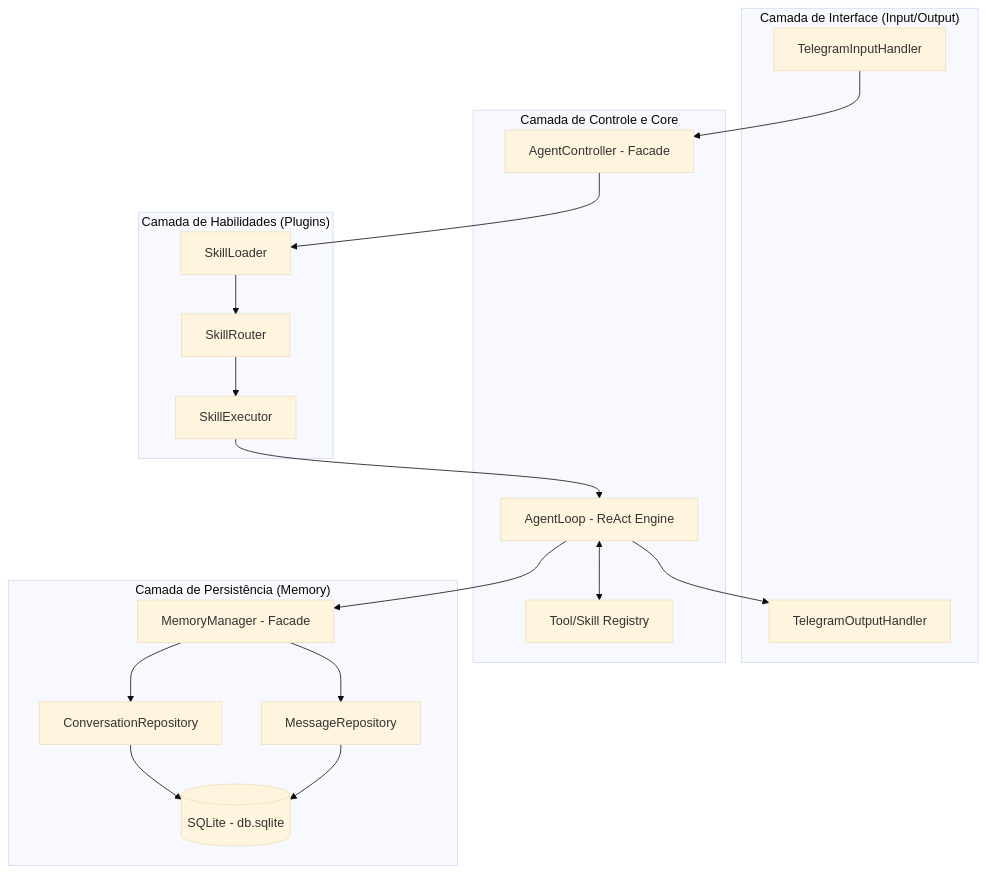
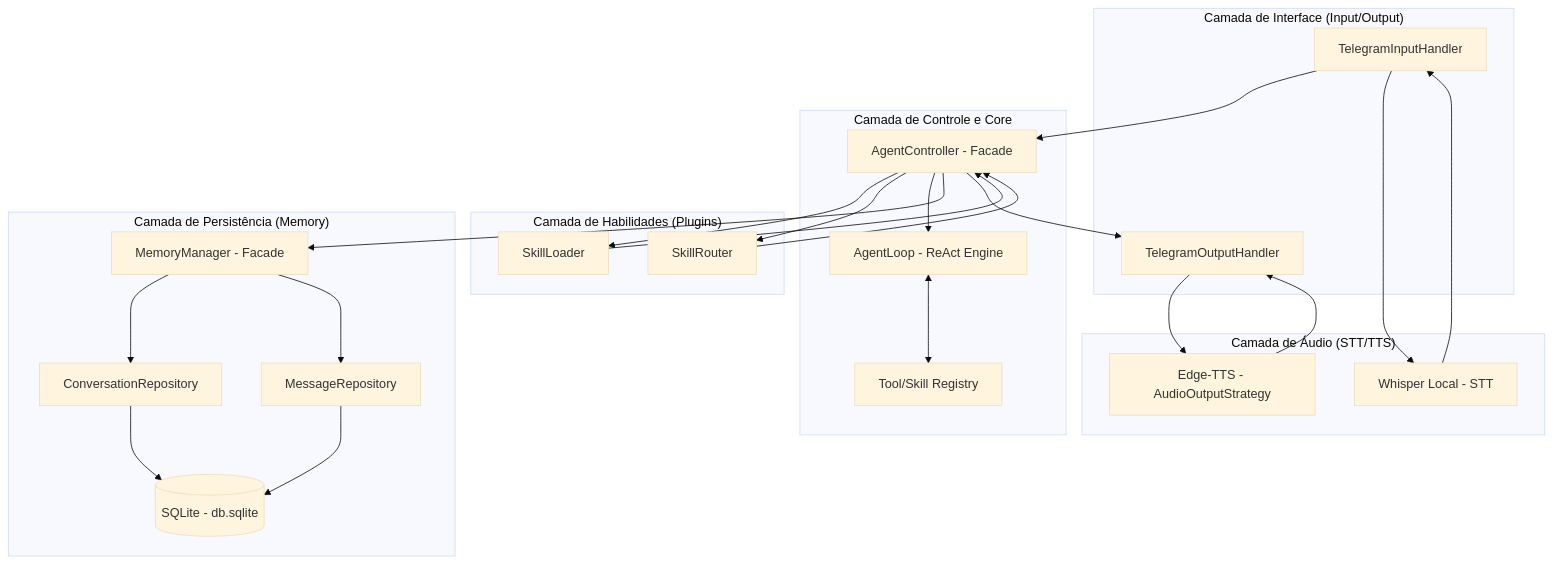
Before and after one commit to francojeferson/genericlaw: the second of 3 diagrams in specs/architecture.md, drawn with Mermaid (base theme). The commit also changed other lines of this file and 14 other files, not shown here.

First line of the commit message:
docs: revise PRD with new architecture, metrics, and testing plan

````diff
--- a/specs/architecture.md
+++ b/specs/architecture.md
@@ -63,37 +63,46 @@
 ```mermaid
 graph TB
     subgraph "Camada de Interface (Input/Output)"
         InputH[TelegramInputHandler]
         OutputH[TelegramOutputHandler]
     end
 
     subgraph "Camada de Controle e Core"
         Controller[AgentController - Facade]
         Loop[AgentLoop - ReAct Engine]
         Registry[Tool/Skill Registry]
     end
 
     subgraph "Camada de Habilidades (Plugins)"
         SkillL[SkillLoader]
         SkillR[SkillRouter]
-        SkillE[SkillExecutor]
     end
 
     subgraph "Camada de Persistência (Memory)"
         MemM[MemoryManager - Facade]
         ConvR[ConversationRepository]
         MsgR[MessageRepository]
         DB[(SQLite - db.sqlite)]
     end
 
+    subgraph "Camada de Áudio (STT/TTS)"
+        WhisperProc[Whisper Local - STT]
+        EdgeTTSProc[Edge-TTS - AudioOutputStrategy]
+    end
+
     InputH --> Controller
+    InputH --> WhisperProc
+    WhisperProc --> InputH
     Controller --> SkillL
-    SkillL --> SkillR
-    SkillR --> SkillE
-    SkillE --> Loop
-    Loop --> MemM
+    Controller --> SkillR
+    SkillL --> Controller
+    SkillR --> Controller
+    Controller --> Loop
     Loop <--> Registry
+    Controller --> MemM
     MemM --> ConvR & MsgR
     ConvR & MsgR --> DB
-    Loop --> OutputH
+    Controller --> OutputH
+    OutputH --> EdgeTTSProc
+    EdgeTTSProc --> OutputH
 ```
````
